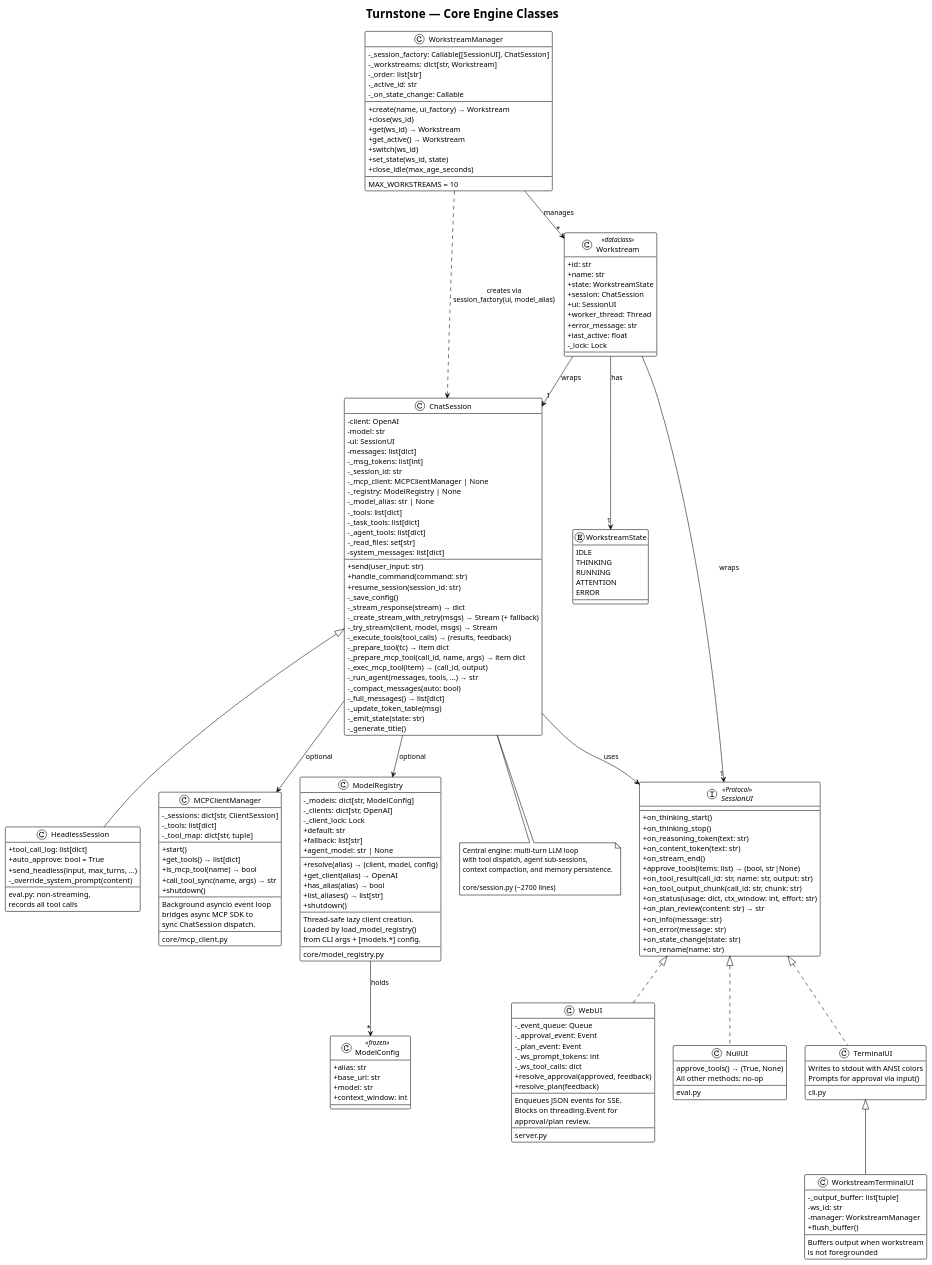
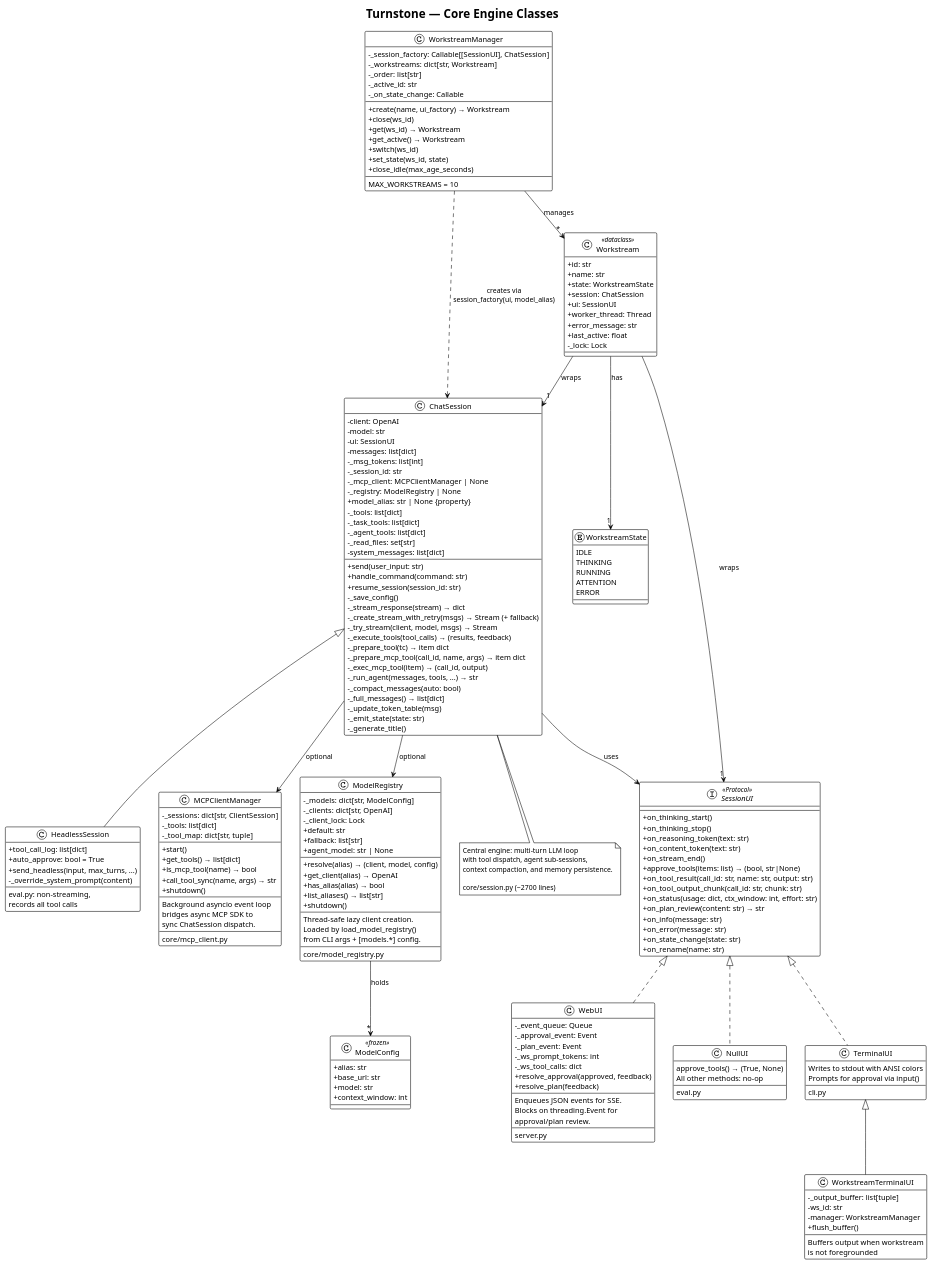
Before and after one commit to turnstonelabs/turnstone: the diagram in docs/diagrams/03-core-engine-classes.puml, drawn with PlantUML. The commit also changed 3 other files, not shown here.

First line of the commit message:
Fix Copilot PR #9 review: model_alias property, preserve manual tool_truncation

```diff
--- a/docs/diagrams/03-core-engine-classes.puml
+++ b/docs/diagrams/03-core-engine-classes.puml
@@ -73,7 +73,7 @@
     - _session_id: str
     - _mcp_client: MCPClientManager | None
     - _registry: ModelRegistry | None
-    - _model_alias: str | None
+    + model_alias: str | None {property}
     - _tools: list[dict]
     - _task_tools: list[dict]
     - _agent_tools: list[dict]
```
